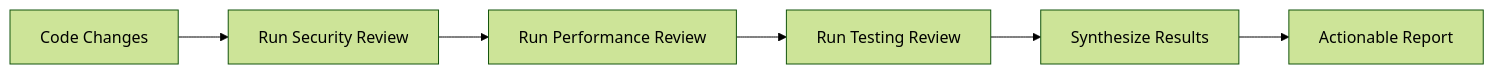
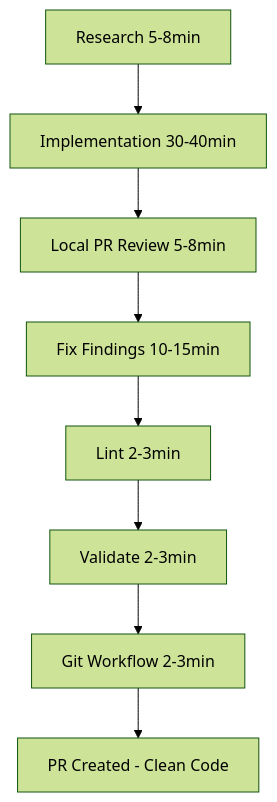
Before and after one commit to thomasholknielsen/claude-code-config: the third of 8 diagrams in docs/typical-workflows.md, drawn with Mermaid (forest theme). The commit also changed other lines of this file and 130 other files, not shown here.

````diff
--- a/docs/typical-workflows.md
+++ b/docs/typical-workflows.md
@@ -108,8 +193,10 @@
 ```mermaid
-graph LR
-    A[Code Changes] --> B[Run Security Review]
-    B --> C[Run Performance Review]
-    C --> D[Run Testing Review]
-    D --> E[Synthesize Results]
-    E --> F[Actionable Report]
+graph TD
+    A[Research 5-8min] --> B[Implementation 30-40min]
+    B --> C[Local PR Review 5-8min]
+    C --> D[Fix Findings 10-15min]
+    D --> E[Lint 2-3min]
+    E --> F[Validate 2-3min]
+    F --> G[Git Workflow 2-3min]
+    G --> H[PR Created - Clean Code]
 ```
````
